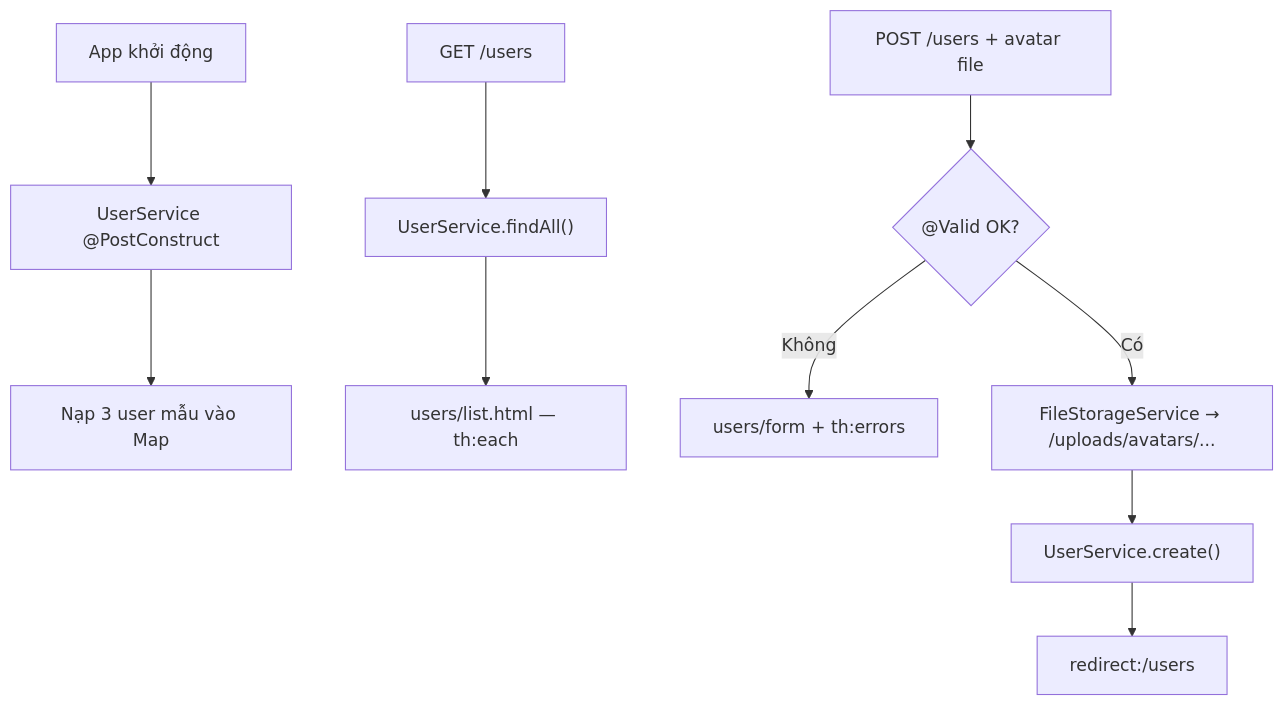
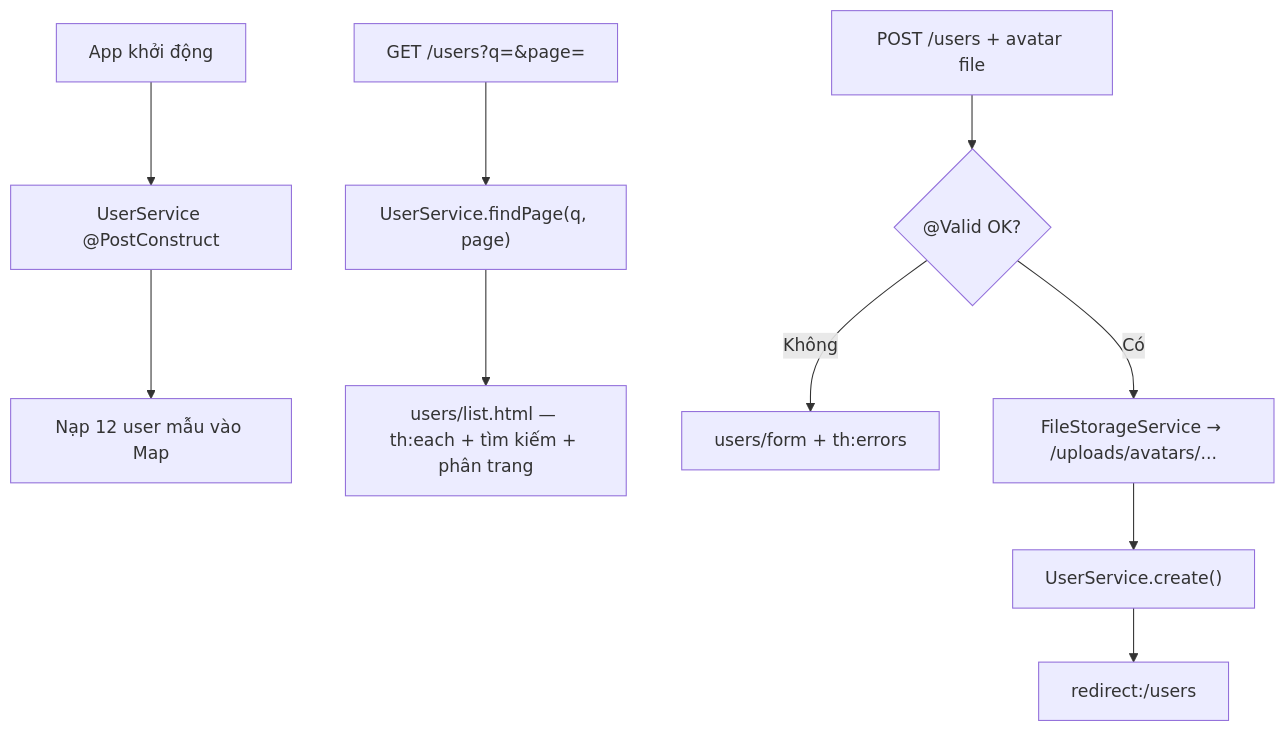
One commit to nguyenvudangkhoa189/t3h-ltv-java-module-2 changed the first of 2 diagrams in syllabus/module-2/java_m2_bai8_SpringMVC.md. Above: the diagram before and after it, drawn with Mermaid. The commit also changed other lines of this file and 6 other files, not shown here.

````diff
--- a/syllabus/module-2/java_m2_bai8_SpringMVC.md
+++ b/syllabus/module-2/java_m2_bai8_SpringMVC.md
@@ -146,12 +158,12 @@
 ```mermaid
 flowchart TD
     A["App khởi động"] --> B["UserService @PostConstruct"]
-    B --> C["Nạp 3 user mẫu vào Map"]
-    D["GET /users"] --> E["UserService.findAll()"]
-    E --> F["users/list.html — th:each"]
+    B --> C["Nạp 12 user mẫu vào Map"]
+    D["GET /users?q=&page="] --> E["UserService.findPage(q, page)"]
+    E --> F["users/list.html — th:each + tìm kiếm + phân trang"]
     G["POST /users + avatar file"] --> H{"@Valid OK?"}
     H -->|Không| I["users/form + th:errors"]
     H -->|Có| J["FileStorageService → /uploads/avatars/..."]
     J --> K["UserService.create()"]
     K --> L["redirect:/users"]
 ```
````
